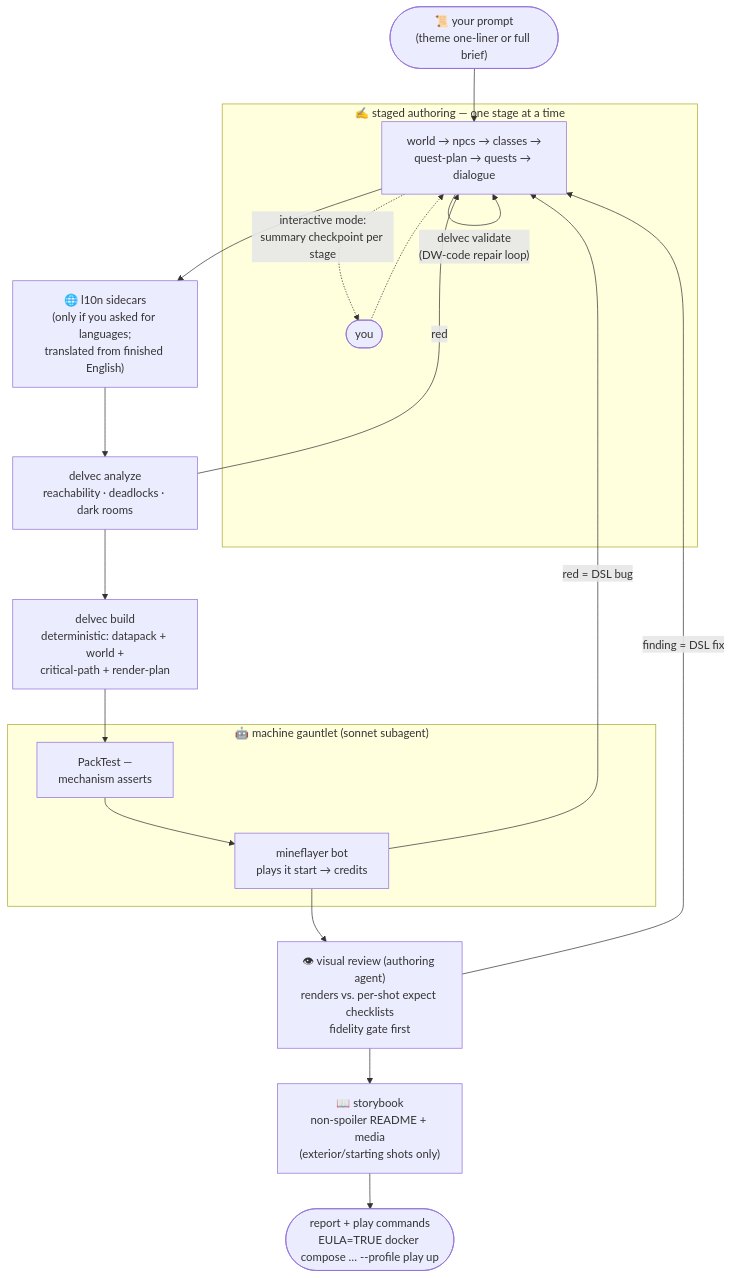
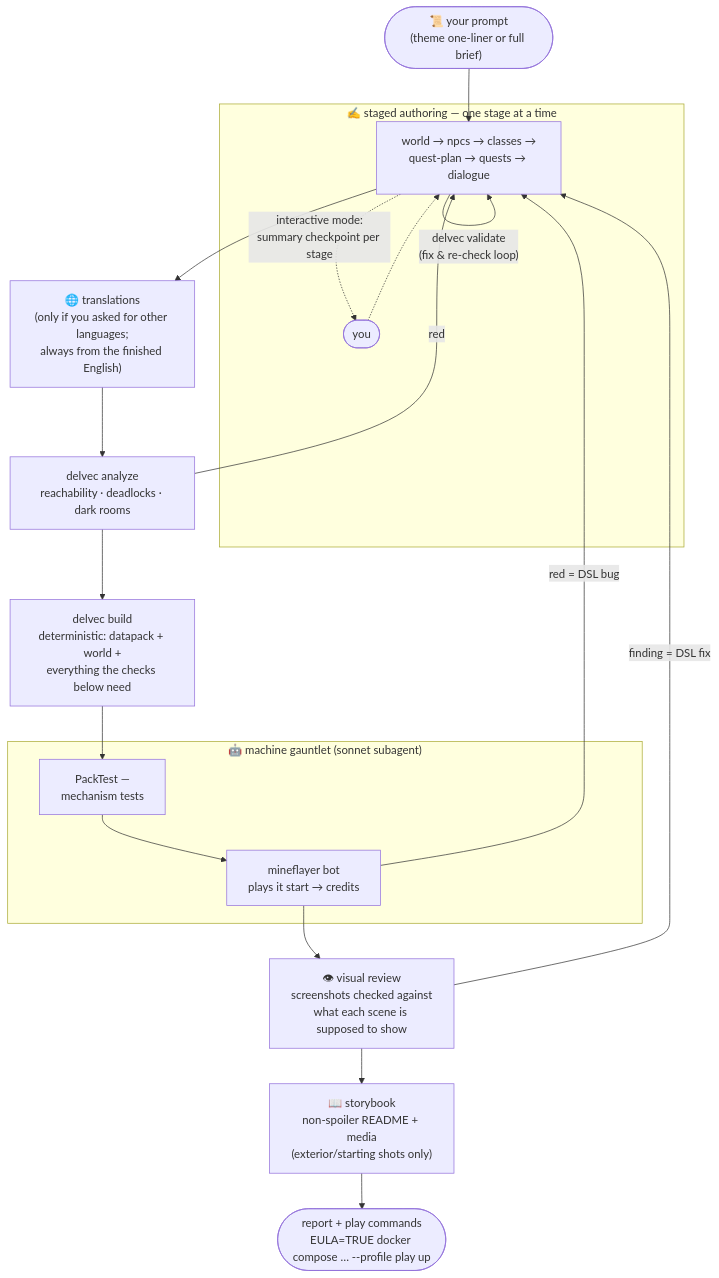
One commit to stellarfeline/delvewright changed the diagram in README.md. Above: the diagram before and after it, drawn with Mermaid. The commit also changed other lines of this file, not shown here.

````diff
--- a/README.md
+++ b/README.md
@@ -47,28 +46,28 @@
 ```mermaid
 flowchart TD
     P(["📜 your prompt<br/>(theme one-liner or full brief)"]) --> A
 
     subgraph AUTHOR ["✍️ staged authoring — one stage at a time"]
         A["world → npcs → classes →<br/>quest-plan → quests → dialogue"]
-        A -->|"delvec validate<br/>(DW-code repair loop)"| A
+        A -->|"delvec validate<br/>(fix & re-check loop)"| A
         A -.->|"interactive mode:<br/>summary checkpoint per stage"| U([you])
         U -.-> A
     end
 
-    A --> L["🌐 l10n sidecars<br/>(only if you asked for languages;<br/>translated from finished English)"]
+    A --> L["🌐 translations<br/>(only if you asked for other languages;<br/>always from the finished English)"]
     L --> AN["delvec analyze<br/>reachability · deadlocks · dark rooms"]
-    AN --> B["delvec build<br/>deterministic: datapack + world +<br/>critical-path + render-plan"]
+    AN --> B["delvec build<br/>deterministic: datapack + world +<br/>everything the checks below need"]
 
     subgraph MACHINE ["🤖 machine gauntlet (sonnet subagent)"]
-        PT["PackTest —<br/>mechanism asserts"] --> BOT["mineflayer bot<br/>plays it start → credits"]
+        PT["PackTest —<br/>mechanism tests"] --> BOT["mineflayer bot<br/>plays it start → credits"]
     end
     B --> PT
 
-    BOT --> V["👁 visual review (authoring agent)<br/>renders vs. per-shot expect checklists<br/>fidelity gate first"]
+    BOT --> V["👁 visual review<br/>screenshots checked against<br/>what each scene is supposed to show"]
     V --> SB["📖 storybook<br/>non-spoiler README + media<br/>(exterior/starting shots only)"]
     SB --> R(["report + play commands<br/>EULA=TRUE docker compose … --profile play up"])
 
     AN -->|red| A
     BOT -->|red = DSL bug| A
     V -->|finding = DSL fix| A
 ```
````
